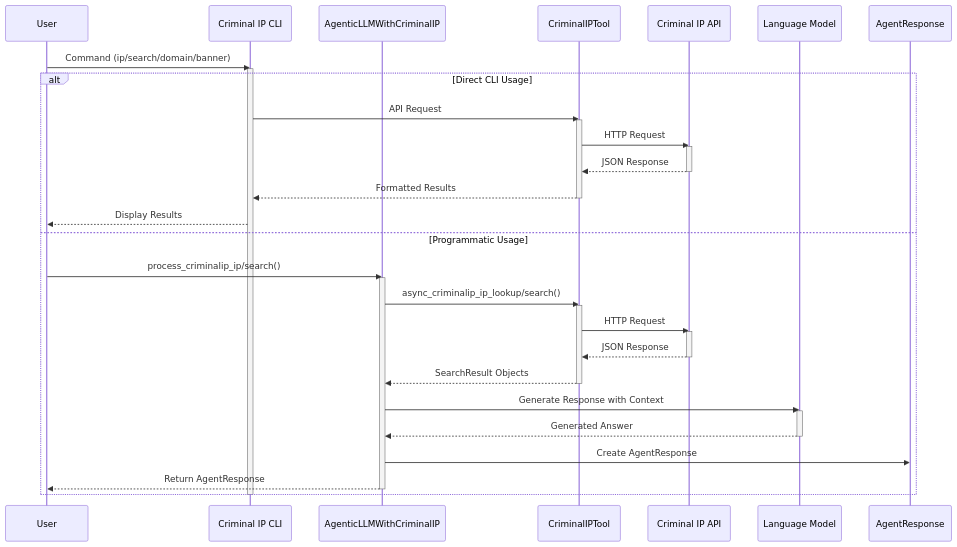
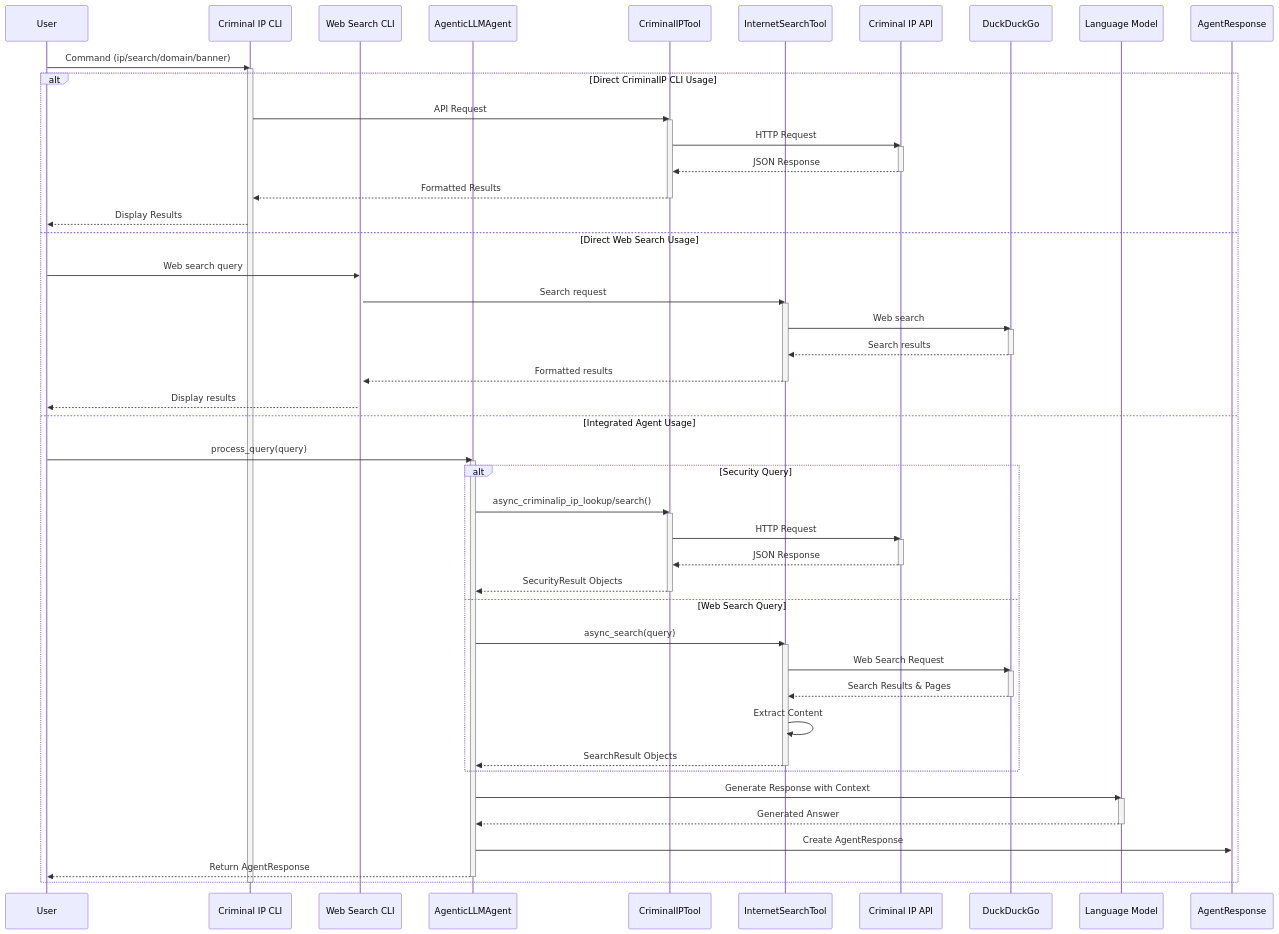
Before and after one commit to Htunn/agentic-llm-search: the first of 3 diagrams in README.md, drawn with Mermaid. The commit also changed other lines of this file, not shown here.

Commit message:
fix criminalip env issue

````diff
--- a/README.md
+++ b/README.md
@@ -358,48 +358,75 @@
 ```mermaid
 sequenceDiagram
     participant User
     participant CLI as Criminal IP CLI
-    participant Agent as AgenticLLMWithCriminalIP
-    participant Tool as CriminalIPTool
-    participant API as Criminal IP API
+    participant WebCLI as Web Search CLI
+    participant Agent as AgenticLLMAgent
+    participant CIPTool as CriminalIPTool
+    participant WebTool as InternetSearchTool
+    participant CIPAPI as Criminal IP API
+    participant DDG as DuckDuckGo
     participant LLM as Language Model
     participant Response as AgentResponse
 
     User->>CLI: Command (ip/search/domain/banner)
     activate CLI
     
-    alt Direct CLI Usage
-        CLI->>Tool: API Request
-        activate Tool
-        Tool->>API: HTTP Request
-        activate API
-        API-->>Tool: JSON Response
-        deactivate API
-        Tool-->>CLI: Formatted Results
-        deactivate Tool
+    alt Direct CriminalIP CLI Usage
+        CLI->>CIPTool: API Request
+        activate CIPTool
+        CIPTool->>CIPAPI: HTTP Request
+        activate CIPAPI
+        CIPAPI-->>CIPTool: JSON Response
+        deactivate CIPAPI
+        CIPTool-->>CLI: Formatted Results
+        deactivate CIPTool
         CLI-->>User: Display Results
-    else Programmatic Usage
-        User->>Agent: process_criminalip_ip/search()
+    else Direct Web Search Usage
+        User->>WebCLI: Web search query
+        activate WebCLI
+        WebCLI->>WebTool: Search request
+        activate WebTool
+        WebTool->>DDG: Web search
+        activate DDG
+        DDG-->>WebTool: Search results
+        deactivate DDG
+        WebTool-->>WebCLI: Formatted results
+        deactivate WebTool
+        WebCLI-->>User: Display results
+    else Integrated Agent Usage
+        User->>Agent: process_query(query)
         activate Agent
         
-        Agent->>Tool: async_criminalip_ip_lookup/search()
-        activate Tool
-        Tool->>API: HTTP Request
-        activate API
-        API-->>Tool: JSON Response
-        deactivate API
-        Tool-->>Agent: SearchResult Objects
-        deactivate Tool
+        alt Security Query
+            Agent->>CIPTool: async_criminalip_ip_lookup/search()
+            activate CIPTool
+            CIPTool->>CIPAPI: HTTP Request
+            activate CIPAPI
+            CIPAPI-->>CIPTool: JSON Response
+            deactivate CIPAPI
+            CIPTool-->>Agent: SecurityResult Objects
+            deactivate CIPTool
+        else Web Search Query
+            Agent->>WebTool: async_search(query)
+            activate WebTool
+            WebTool->>DDG: Web Search Request
+            activate DDG
+            DDG-->>WebTool: Search Results & Pages
+            deactivate DDG
+            WebTool->>WebTool: Extract Content
+            WebTool-->>Agent: SearchResult Objects
+            deactivate WebTool
+        end
         
         Agent->>LLM: Generate Response with Context
         activate LLM
         LLM-->>Agent: Generated Answer
         deactivate LLM
         
         Agent->>Response: Create AgentResponse
         Agent-->>User: Return AgentResponse
         deactivate Agent
     end
     
     deactivate CLI
 ```
````
